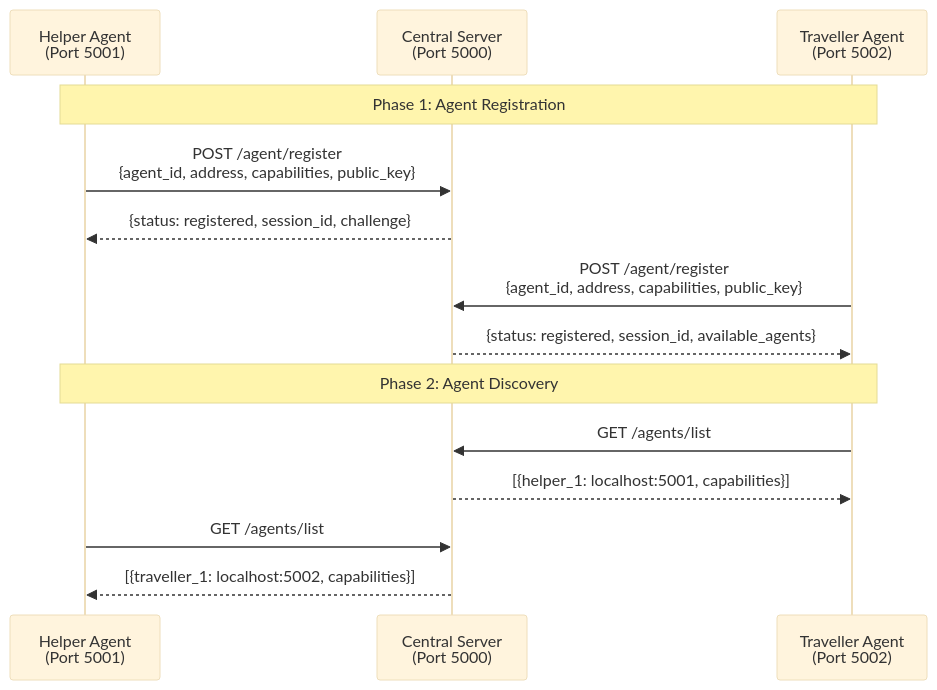
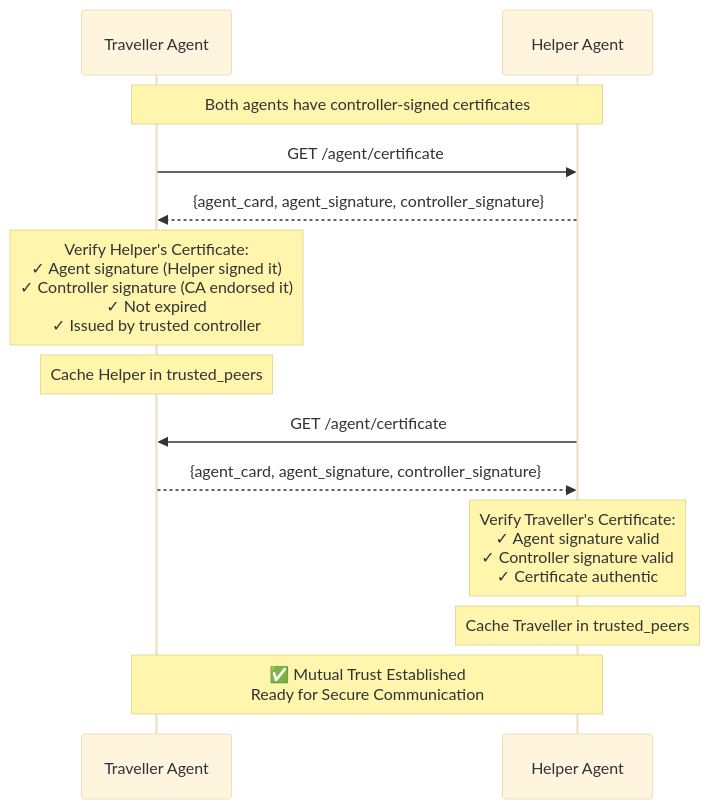
The fourth of 6 diagrams in README.md (TheUnnamedOne-design/EncryptedA2AProtocol), drawn with Mermaid (base theme) before and after one commit. The commit also changed other lines of this file and 7 other files, not shown here.

````diff
--- a/README.md
+++ b/README.md
@@ -60,22 +194,23 @@
 ```mermaid
 sequenceDiagram
-    participant H as Helper Agent<br/>(Port 5001)
-    participant CS as Central Server<br/>(Port 5000)
-    participant T as Traveller Agent<br/>(Port 5002)
+    participant T as Traveller Agent
+    participant H as Helper Agent
     
-    Note over H,T: Phase 1: Agent Registration
+    Note over T,H: Both agents have controller-signed certificates
     
-    H->>CS: POST /agent/register<br/>{agent_id, address, capabilities, public_key}
-    CS-->>H: {status: registered, session_id, challenge}
+    T->>H: GET /agent/certificate
+    H-->>T: {agent_card, agent_signature, controller_signature}
     
-    T->>CS: POST /agent/register<br/>{agent_id, address, capabilities, public_key}
-    CS-->>T: {status: registered, session_id, available_agents}
+    Note over T: Verify Helper's Certificate:<br/>✓ Agent signature (Helper signed it)<br/>✓ Controller signature (CA endorsed it)<br/>✓ Not expired<br/>✓ Issued by trusted controller
     
-    Note over H,T: Phase 2: Agent Discovery
+    Note over T: Cache Helper in trusted_peers
     
-    T->>CS: GET /agents/list
-    CS-->>T: [{helper_1: localhost:5001, capabilities}]
+    H->>T: GET /agent/certificate
+    T-->>H: {agent_card, agent_signature, controller_signature}
     
-    H->>CS: GET /agents/list
-    CS-->>H: [{traveller_1: localhost:5002, capabilities}]
+    Note over H: Verify Traveller's Certificate:<br/>✓ Agent signature valid<br/>✓ Controller signature valid<br/>✓ Certificate authentic
+    
+    Note over H: Cache Traveller in trusted_peers
+    
+    Note over T,H: ✅ Mutual Trust Established<br/>Ready for Secure Communication
 ```
````
